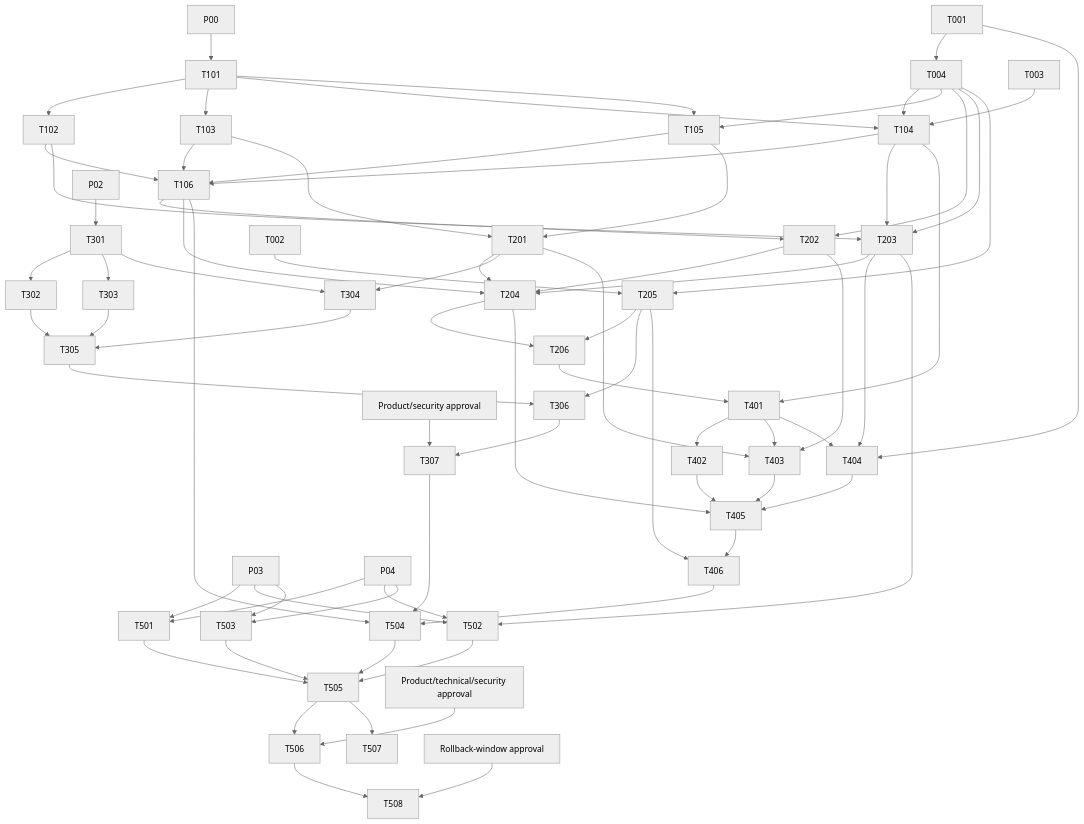
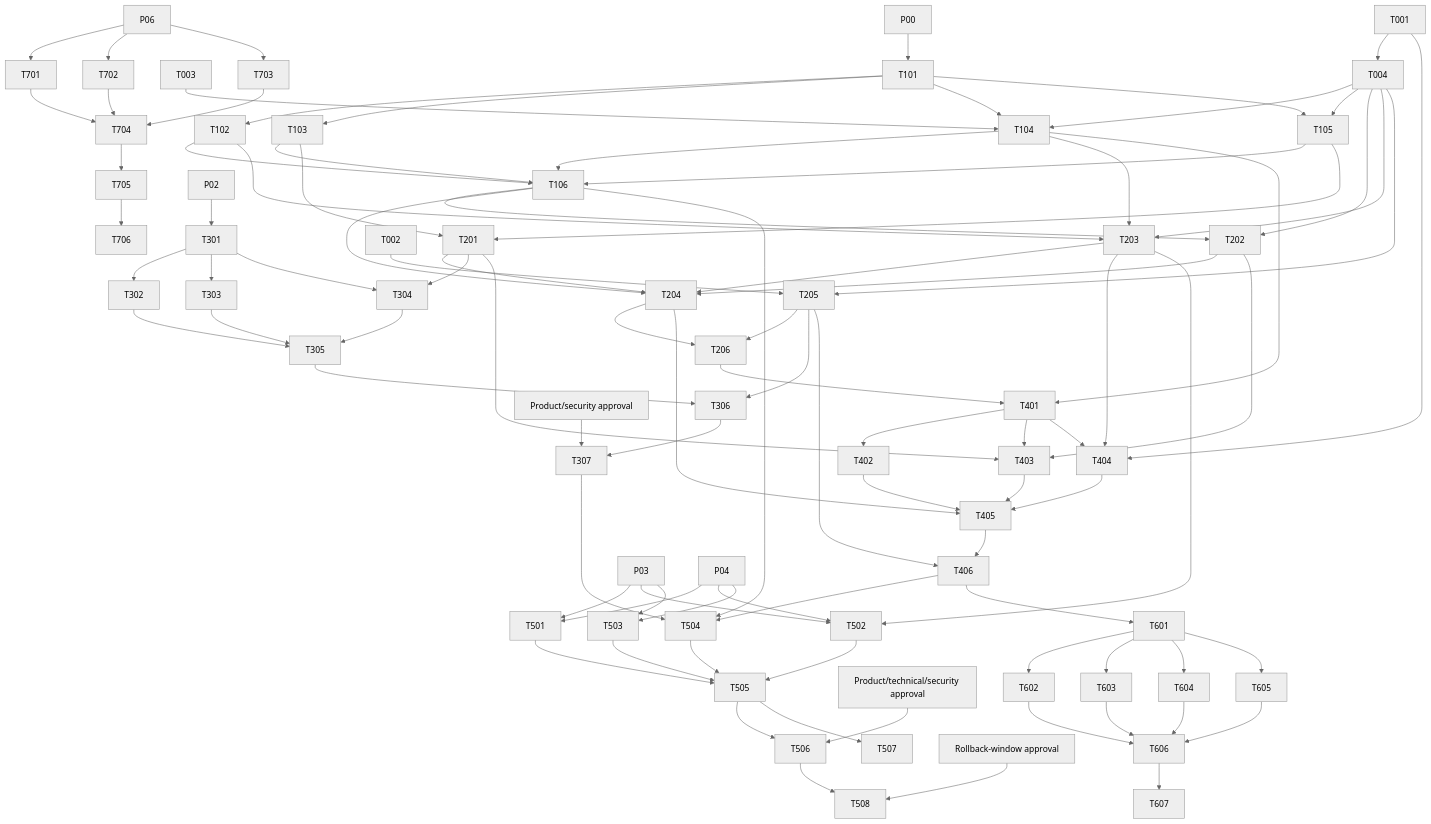
The second of 2 diagrams in docs/implementation/DEPENDENCY_GRAPH.md (saravananravi08/slack-brain), drawn with Mermaid (neutral theme) before and after one commit. The commit also changed other lines of this file and 37 other files, not shown here.

````diff
--- a/docs/implementation/DEPENDENCY_GRAPH.md
+++ b/docs/implementation/DEPENDENCY_GRAPH.md
@@ -167,4 +190,22 @@
   T505 --> T507
   T506 --> T508
   D_Rollback_window_approval["Rollback-window approval"] --> T508
+  T406 --> T601
+  T601 --> T602
+  T601 --> T603
+  T601 --> T604
+  T601 --> T605
+  T602 --> T606
+  T603 --> T606
+  T604 --> T606
+  T605 --> T606
+  T606 --> T607
+  D_P06["P06"] --> T701
+  D_P06 --> T702
+  D_P06 --> T703
+  T701 --> T704
+  T702 --> T704
+  T703 --> T704
+  T704 --> T705
+  T705 --> T706
 ```
````
